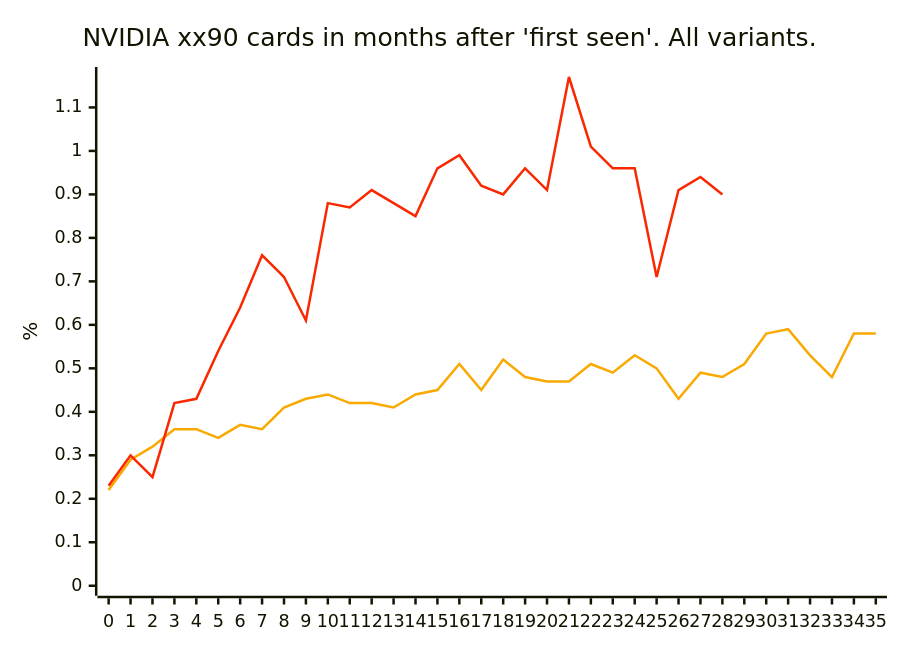
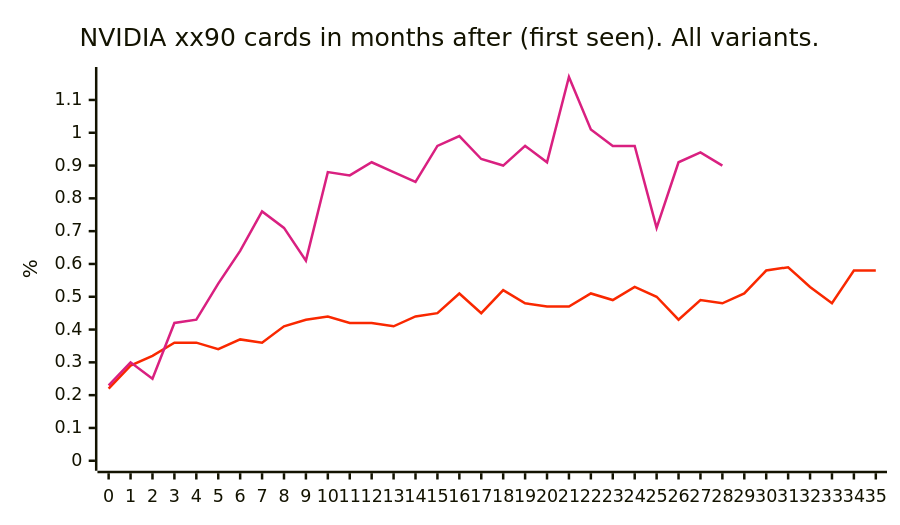
Before and after one commit to jdegene/steamHWsurvey: the second of 12 diagrams in README.md, drawn with Mermaid. The commit also changed other lines of this file and 1 other file, not shown here.

Commit message:
added more graphs

````diff
--- a/README.md
+++ b/README.md
@@ -60,18 +94,24 @@
 ```mermaid
 ---
 config:
+    xyChart:
+        width: 700
+        height: 400
+        
     themeVariables:
         xyChart:
             plotColorPalette: "#51a8a6,#f9a900,#f92800,#d92080,#8a52a6"
+
 --- 
 
 
 xychart-beta
-    title "NVIDIA xx90 cards in months after 'first seen'. All variants."
+    title "NVIDIA xx90 cards in months after (first seen). All variants."
     x-axis[0, 1, 2, 3, 4, 5, 6, 7, 8, 9, 10, 11, 12, 13, 14, 15, 16, 17, 18, 19, 20, 21, 22, 23, 24, 25, 26, 27, 28, 29, 30, 31, 32, 33, 34, 35]
     y-axis "%" 
+    line [0]
     line [0]
     line [0.22, 0.29, 0.32, 0.36, 0.36, 0.33999999999999997, 0.37, 0.36, 0.41000000000000003, 0.43, 0.44, 0.42, 0.42, 0.41000000000000003, 0.44, 0.44999999999999996, 0.51, 0.44999999999999996, 0.52, 0.48, 0.47000000000000003, 0.47000000000000003, 0.51, 0.49, 0.53, 0.5, 0.43, 0.49, 0.48, 0.51, 0.58, 0.59, 0.53, 0.48, 0.58, 0.58]
     line [0.22999999999999998, 0.3, 0.25, 0.42, 0.43, 0.54, 0.64, 0.76, 0.7100000000000001, 0.61, 0.88, 0.8699999999999999, 0.91, 0.88, 0.8500000000000001, 0.96, 0.9900000000000001, 0.9199999999999999, 0.8999999999999999, 0.96, 0.91, 1.17, 1.01, 0.96, 0.96, 0.7100000000000001, 0.91, 0.9400000000000001, 0.8999999999999999]
     line [0]
 ``` 
````
